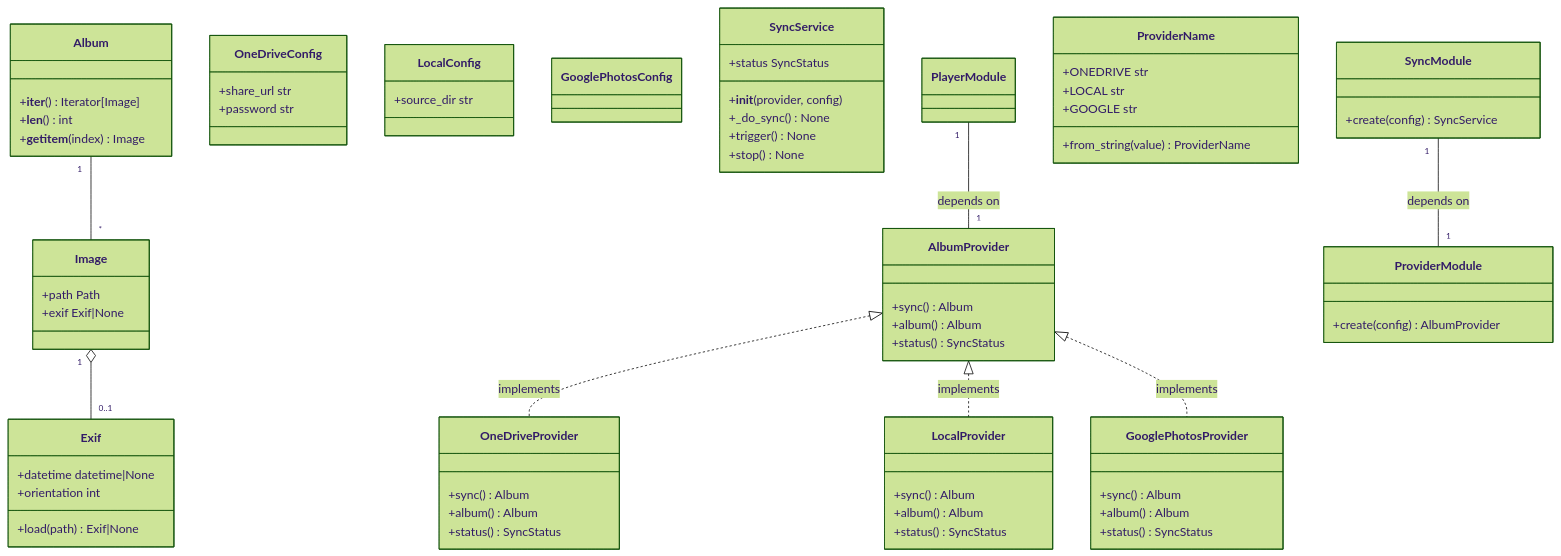
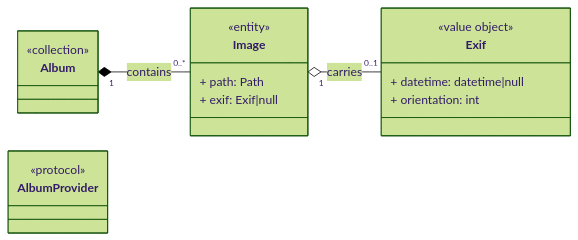
The fourth of 5 diagrams in .features/active/issue-43-album-provider/DESIGN.md (njurgens/digital-frame), drawn with Mermaid (forest theme) before and after one commit. The commit also changed other lines of this file and 66 other files, not shown here.

First line of the commit message:
Add pluggable album provider (OneDrive, local, Google stub)

````diff
--- a/.features/active/issue-43-album-provider/DESIGN.md
+++ b/.features/active/issue-43-album-provider/DESIGN.md
@@ -76,72 +191,22 @@
 ```mermaid
 classDiagram
-    class AlbumProvider {
-        +sync() Album
-        +album() Album
-        +status() SyncStatus
-    }
-    class Image {
-        +path Path
-        +exif Exif|None
-    }
-    class Exif {
-        +datetime datetime|None
-        +orientation int
-        +load(path) Exif|None
-    }
-    class Album {
-        +__iter__() Iterator[Image]
-        +__len__() int
-        +__getitem__(index) Image
-    }
-    class OneDriveConfig {
-        +share_url str
-        +password str
-    }
-    class LocalConfig {
-        +source_dir str
-    }
-    class GooglePhotosConfig {
-    }
-    class OneDriveProvider {
-        +sync() Album
-        +album() Album
-        +status() SyncStatus
-    }
-    class LocalProvider {
-        +sync() Album
-        +album() Album
-        +status() SyncStatus
-    }
-    class GooglePhotosProvider {
-        +sync() Album
-        +album() Album
-        +status() SyncStatus
-    }
-    class SyncService {
-        +__init__(provider, config)
-        +_do_sync() None
-        +trigger() None
-        +stop() None
-        +status SyncStatus
-    }
-    class SyncModule {
-        +create(config) SyncService
-    }
-    class ProviderName {
-        +ONEDRIVE str
-        +LOCAL str
-        +GOOGLE str
-        +from_string(value) ProviderName
-    }
-    class ProviderModule {
-        +create(config) AlbumProvider
-    }
-    AlbumProvider <|.. OneDriveProvider : implements
-    AlbumProvider <|.. LocalProvider : implements
-    AlbumProvider <|.. GooglePhotosProvider : implements
-    Album "1" -- "*" Image
-    Image "1" o-- "0..1" Exif
-    SyncModule "1" -- "1" ProviderModule : depends on
-    PlayerModule "1" -- "1" AlbumProvider : depends on
+  direction LR
+  class Album {
+    <<collection>>
+  }
+  class Image {
+    <<entity>>
+    + path: Path
+    + exif: Exif|null
+  }
+  class Exif {
+    <<value object>>
+    + datetime: datetime|null
+    + orientation: int
+  }
+  class AlbumProvider {
+    <<protocol>>
+  }
+  Album "1" *-- "0..*" Image : contains
+  Image "1" o-- "0..1" Exif : carries
 ```
````
